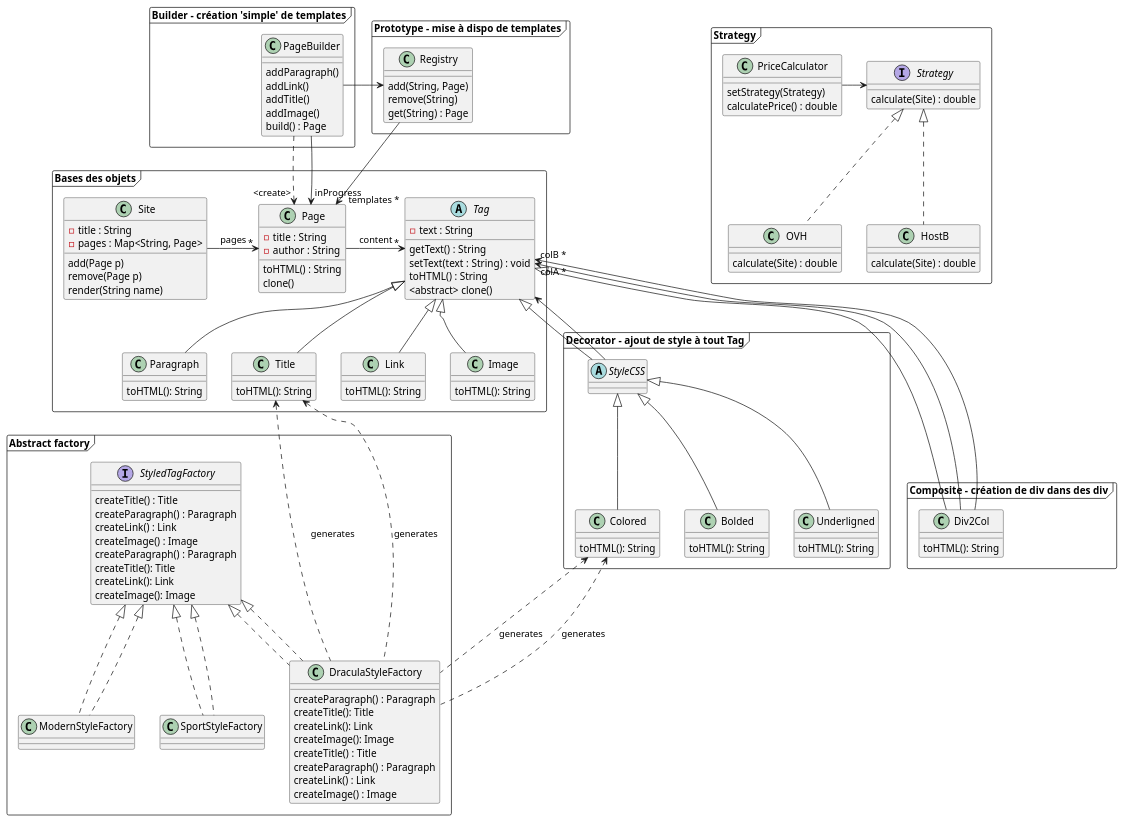
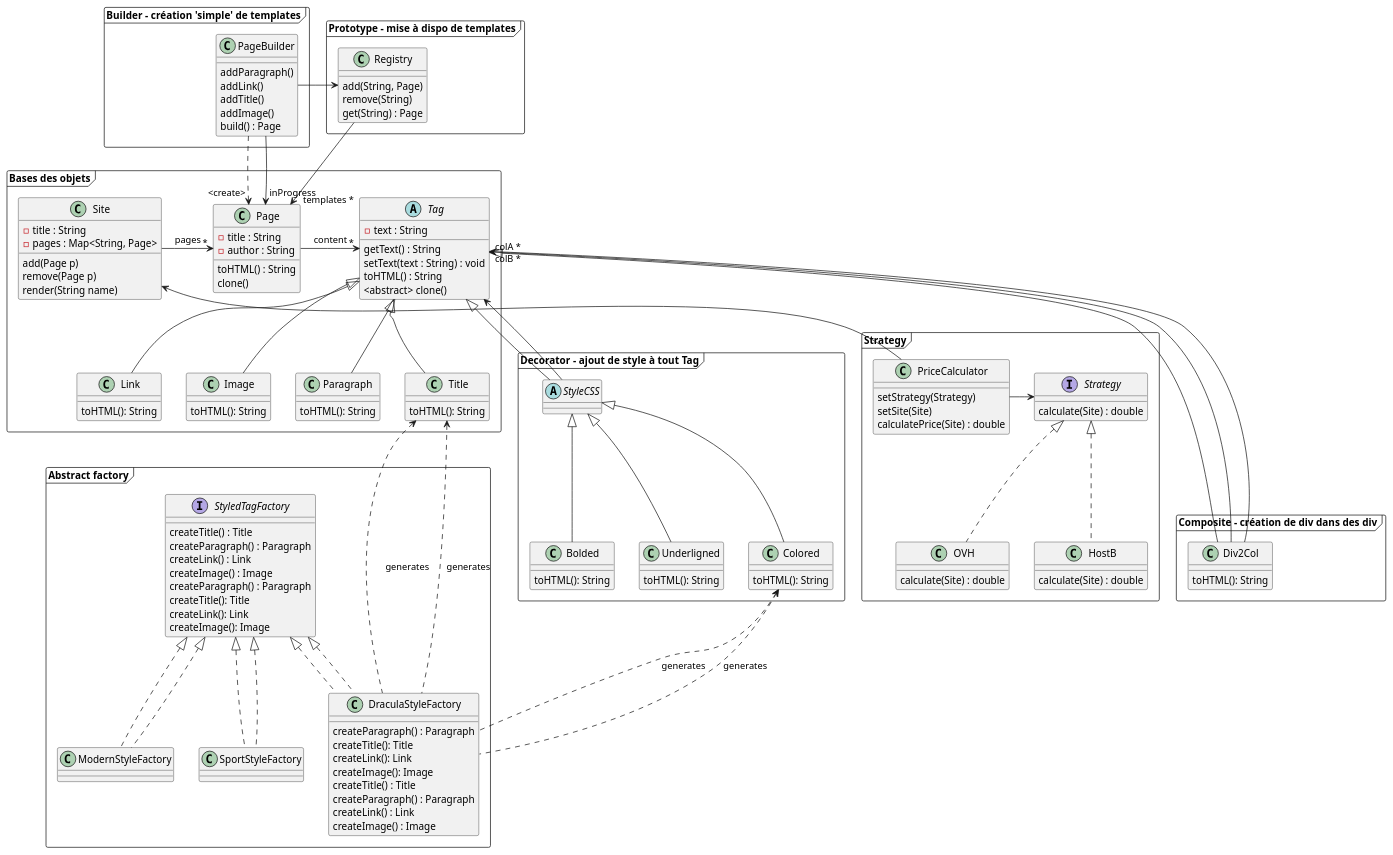
One commit to florentBourgeois/ENSISA2022_CMS changed the diagram in Documentation/strategy.puml. Above: the diagram before and after it, drawn with PlantUML.

Commit message:
strategy, le 2

```diff
--- a/Documentation/strategy.puml
+++ b/Documentation/strategy.puml
@@ -1,168 +1,170 @@
 @startuml
 'https://plantuml.com/class-diagram
 
 
 package "Bases des objets" <<Frame>> {
 
     class Page {
         -title : String
         -author : String
         toHTML() : String
     }
 
     abstract class Tag {
         - text : String
         getText() : String
         setText(text : String) : void
         toHTML() : String
     }
 
     Tag <|-- Paragraph
     Tag <|-- Title
     Tag <|-- Link
     Tag <|-- Image
 
     Page -> "*" Tag : content
     Site -> "*" Page : pages
 
     class Site {
         -title : String
         -pages : Map<String, Page>
         add(Page p)
         remove(Page p)
         render(String name)
     }
 
     Image : toHTML(): String
     Link : toHTML(): String
     Title : toHTML(): String
     Paragraph : toHTML(): String
 
 }
 
 package "Composite - création de div dans des div" <<Frame>> {
 
     class Div2Col {
 
     }
 
     Tag <|--- Div2Col
     Tag "colA *" <-- Div2Col
     Tag "colB *" <-- Div2Col
 
     Div2Col : toHTML(): String
 
 }
 
 package "Decorator - ajout de style à tout Tag" <<Frame>> {
 
     abstract class StyleCSS
     Tag <|-- StyleCSS
     Tag <-- StyleCSS
 
     StyleCSS <|-- Colored
     StyleCSS <|-- Bolded
     StyleCSS <|-- Underligned
 
     Underligned : toHTML(): String
     Bolded : toHTML(): String
     Colored : toHTML(): String
 
 }
 
 
 package "Prototype - mise à dispo de templates" <<Frame>> {
     Page : clone()
 
     Registry --> "templates *" Page
     class Registry {
         add(String, Page)
         remove(String)
         get(String) : Page
     }
 
     Tag : <abstract> clone()
 }
 
 package "Builder - création 'simple' de templates" <<Frame>> {
       class PageBuilder {
         addParagraph()
         addLink()
         addTitle()
         addImage()
         build() : Page
       }
 
       PageBuilder ..> "<create>" Page
       PageBuilder -> Registry
       PageBuilder -> "inProgress" Page
 }
 
 
 package "Abstract factory" <<Frame>> {
     abstract class StyledTagFactory {
         createTitle() : Title
         createParagraph() : Paragraph
         createLink() : Link
         createImage() : Image
     }
 
     StyledTagFactory <|.. DraculaStyleFactory
     StyledTagFactory <|.. ModernStyleFactory
     StyledTagFactory <|.. SportStyleFactory
 
     interface StyledTagFactory {
         createParagraph() : Paragraph
         createTitle(): Title
         createLink(): Link
         createImage(): Image
     }
 
     StyledTagFactory <|.. DraculaStyleFactory
     StyledTagFactory <|.. ModernStyleFactory
     StyledTagFactory <|.. SportStyleFactory
 
     class DraculaStyleFactory {
     createParagraph() : Paragraph
             createTitle(): Title
             createLink(): Link
             createImage(): Image
     }
 
 
      Colored <.. DraculaStyleFactory : "generates"
      Title <.. DraculaStyleFactory : "generates"
 
     class DraculaStyleFactory {
         createTitle() : Title
         createParagraph() : Paragraph
         createLink() : Link
         createImage() : Image
     }
 
     Colored <.. DraculaStyleFactory : "generates"
     Title <.. DraculaStyleFactory : "generates"
 }
 
 package "Strategy" <<frame>> {
     class PriceCalculator {
         setStrategy(Strategy)
-        calculatePrice() : double
+        setSite(Site)
+        calculatePrice(Site) : double
     }
 
     interface Strategy {
         calculate(Site) : double
     }
 
     class OVH {
         calculate(Site) : double
     }
 
     class HostB {
             calculate(Site) : double
         }
     PriceCalculator -> Strategy
     Strategy <|.. OVH
     Strategy <|.. HostB
+    Site <-- PriceCalculator
 }
 @enduml
```
